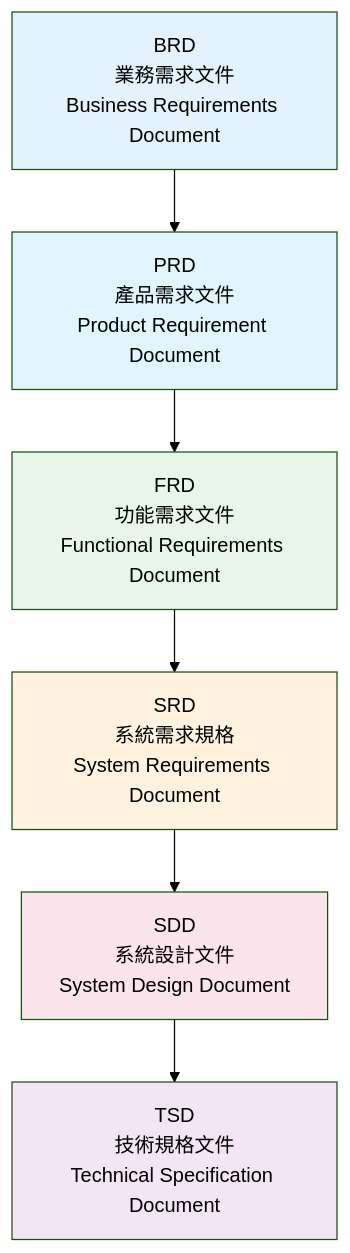
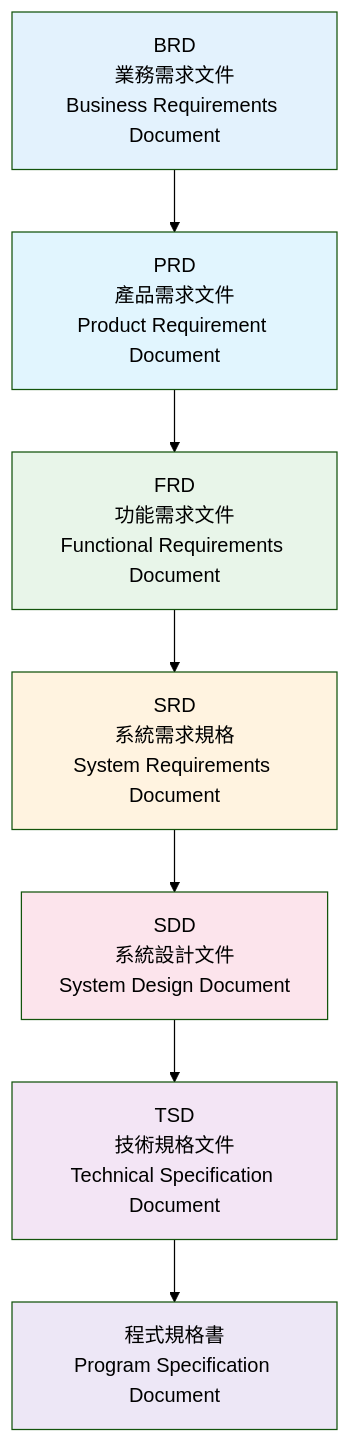
The fifth of 30 diagrams in content/posts/指引/設計開發/軟體開發標準程序（Software Development Standard Process）教學手冊.md (chihhung/Blog), drawn with Mermaid (forest theme) before and after one commit. The commit also changed other lines of this file and 1 other file, not shown here.

Commit message:
docs: update ssdlc and add psd

````diff
--- a/content/posts/指引/設計開發/軟體開發標準程序（Software Development Standard Process）教學手冊.md
+++ b/content/posts/指引/設計開發/軟體開發標準程序（Software Development Standard Process）教學手冊.md
@@ -341,15 +342,17 @@
 ```mermaid
 graph TB
     BRD[BRD<br/>業務需求文件<br/>Business Requirements Document] --> PRD[PRD<br/>產品需求文件<br/>Product Requirement Document]
     PRD --> FRD[FRD<br/>功能需求文件<br/>Functional Requirements Document]
     FRD --> SRD[SRD<br/>系統需求規格<br/>System Requirements Document]
     SRD --> SDD[SDD<br/>系統設計文件<br/>System Design Document]
     SDD --> TSD[TSD<br/>技術規格文件<br/>Technical Specification Document]
+    TSD --> PSD[程式規格書<br/>Program Specification Document]
     
     style BRD fill:#e3f2fd
     style PRD fill:#e1f5fe
     style FRD fill:#e8f5e9
     style SRD fill:#fff3e0
     style SDD fill:#fce4ec
     style TSD fill:#f3e5f5
+    style PSD fill:#ede7f6
 ```
````
